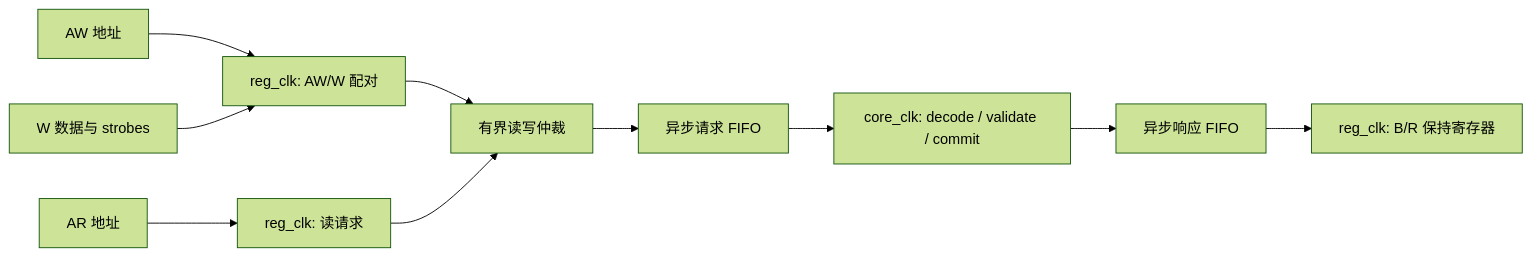
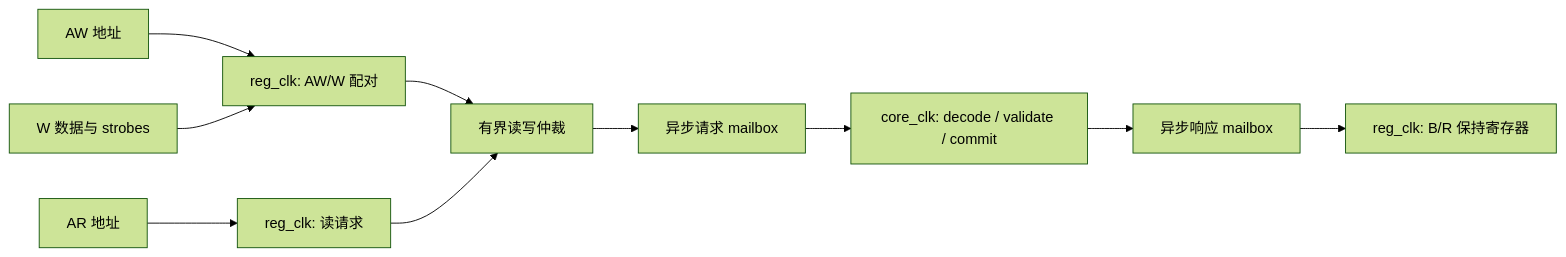
Before and after one commit to shady831213/pdma: the diagram in docs/rtl/register-interface.md, drawn with Mermaid (forest theme). The commit also changed other lines of this file and 31 other files, not shown here.

````diff
--- a/docs/rtl/register-interface.md
+++ b/docs/rtl/register-interface.md
@@ -95,12 +110,12 @@
 ```mermaid
 flowchart LR
     AW[AW 地址] --> WPAIR[reg_clk: AW/W 配对]
     W[W 数据与 strobes] --> WPAIR
     AR[AR 地址] --> ARBUF[reg_clk: 读请求]
     WPAIR --> ORDER[有界读写仲裁]
     ARBUF --> ORDER
-    ORDER --> REQ[异步请求 FIFO]
+    ORDER --> REQ[异步请求 mailbox]
     REQ --> OWNER[core_clk: decode / validate / commit]
-    OWNER --> RSP[异步响应 FIFO]
+    OWNER --> RSP[异步响应 mailbox]
     RSP --> HOLD[reg_clk: B/R 保持寄存器]
 ```
````
